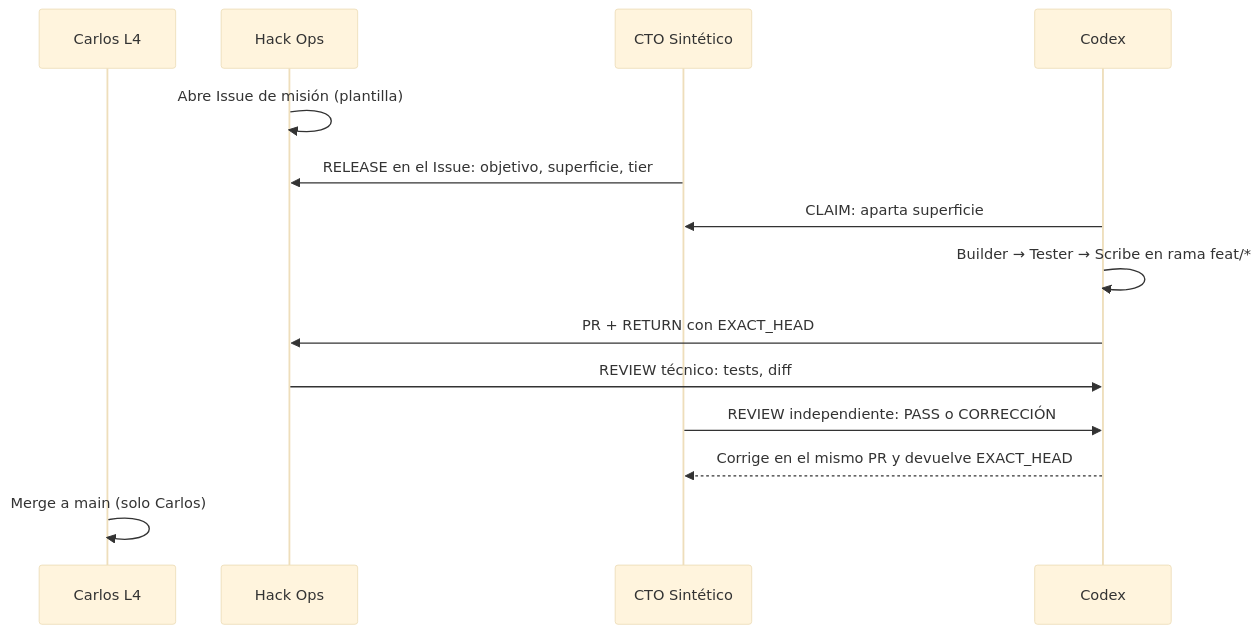
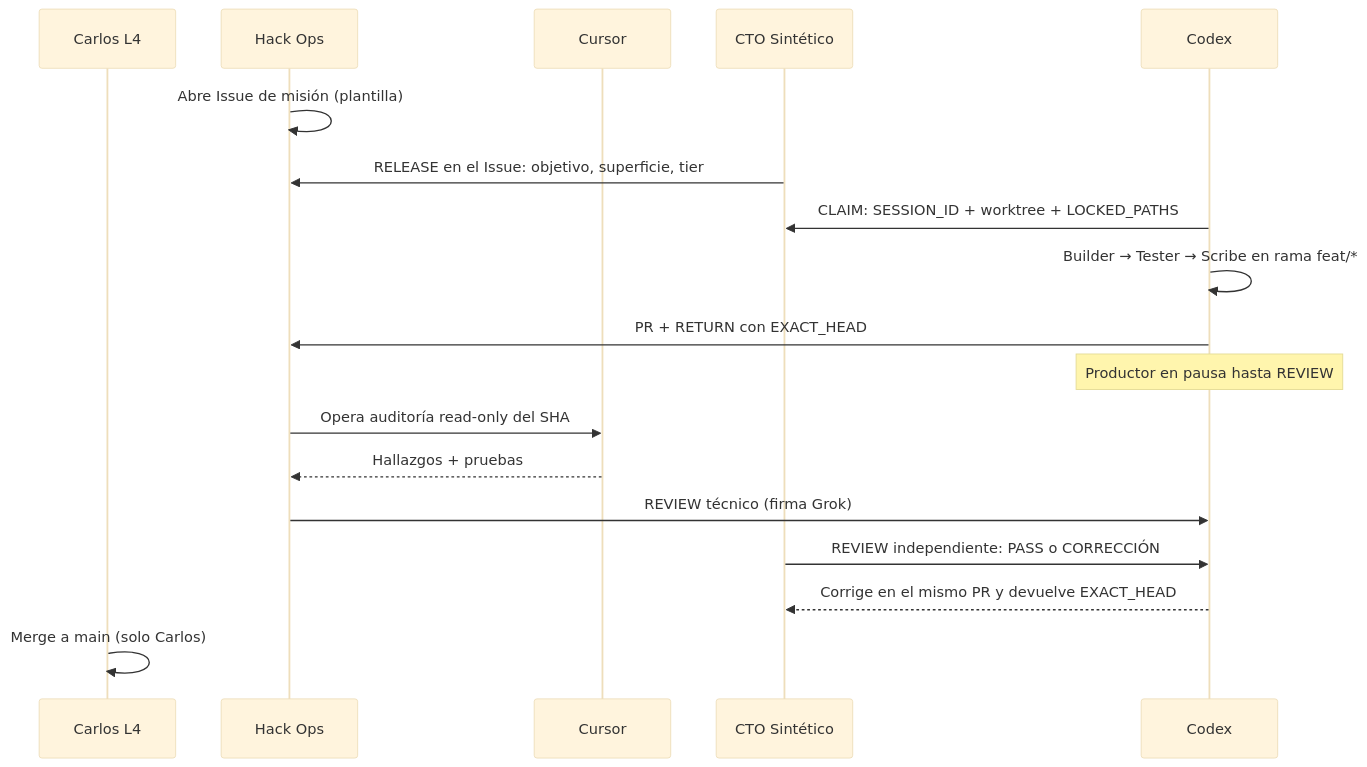
One commit to CarlosSoto92/scribe-recovery-openai changed the second of 3 diagrams in docs/SQUAD_OPERATION.md. Above: the diagram before and after it, drawn with Mermaid (base theme). The commit also changed other lines of this file and 3 other files, not shown here.

Commit message:
docs: sesiones concurrentes y revisión cruzada con Cursor (CTO DOC_REQUEST)

````diff
--- a/docs/SQUAD_OPERATION.md
+++ b/docs/SQUAD_OPERATION.md
@@ -38,16 +42,20 @@
 ```mermaid
 sequenceDiagram
     participant L4 as Carlos L4
     participant HO as Hack Ops
+    participant CR as Cursor
     participant CTO as CTO Sintético
     participant CX as Codex
     HO->>HO: Abre Issue de misión (plantilla)
     CTO->>HO: RELEASE en el Issue: objetivo, superficie, tier
-    CX->>CTO: CLAIM: aparta superficie
+    CX->>CTO: CLAIM: SESSION_ID + worktree + LOCKED_PATHS
     CX->>CX: Builder → Tester → Scribe en rama feat/*
     CX->>HO: PR + RETURN con EXACT_HEAD
-    HO->>CX: REVIEW técnico: tests, diff
+    Note over CX: Productor en pausa hasta REVIEW
+    HO->>CR: Opera auditoría read-only del SHA
+    CR-->>HO: Hallazgos + pruebas
+    HO->>CX: REVIEW técnico (firma Grok)
     CTO->>CX: REVIEW independiente: PASS o CORRECCIÓN
     CX-->>CTO: Corrige en el mismo PR y devuelve EXACT_HEAD
     L4->>L4: Merge a main (solo Carlos)
 ```
````
